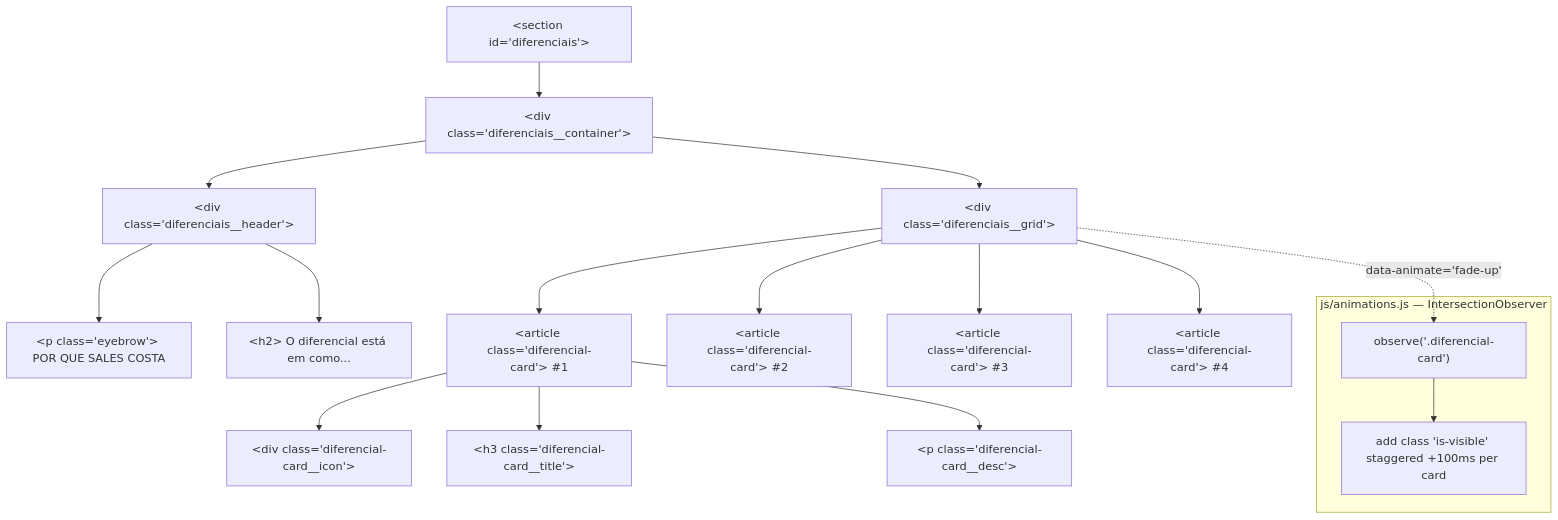
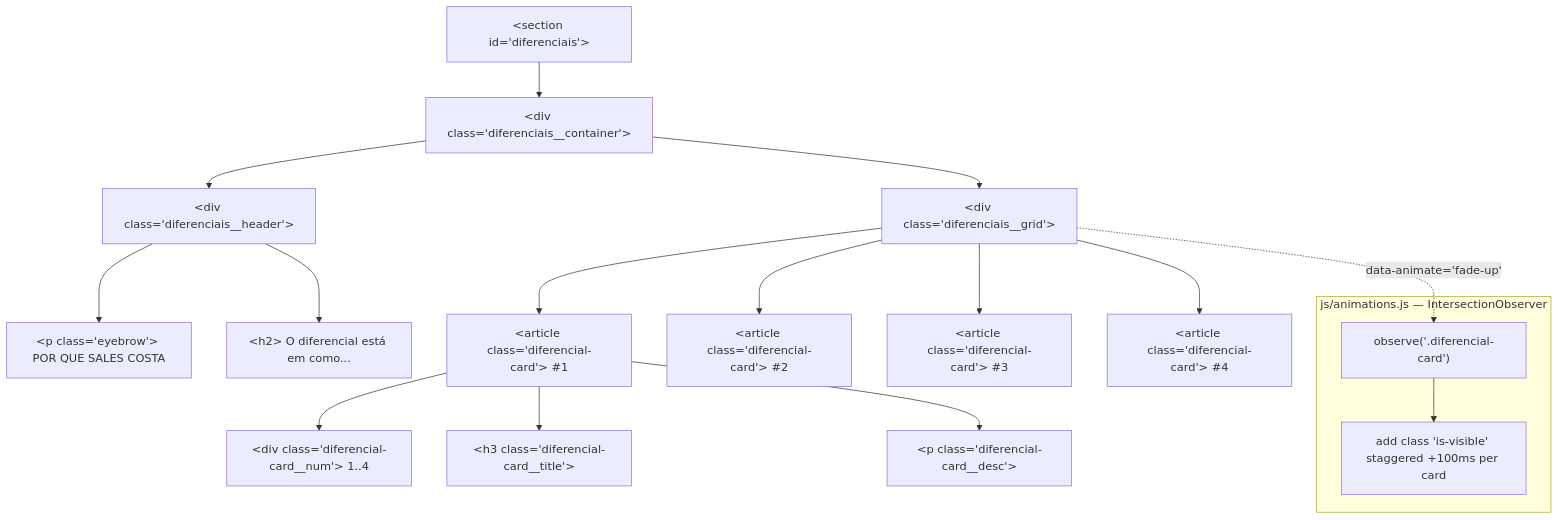
The diagram in docs/specs/SPEC-US-05-diferenciais-atendimento.md (MaxxTak/landing-page), drawn with Mermaid before and after one commit. The commit also changed other lines of this file and 48 other files, not shown here.

````diff
--- a/docs/specs/SPEC-US-05-diferenciais-atendimento.md
+++ b/docs/specs/SPEC-US-05-diferenciais-atendimento.md
@@ -19,21 +26,21 @@
 ```mermaid
 flowchart TD
     A["&lt;section id='diferenciais'&gt;"] --> B["&lt;div class='diferenciais__container'&gt;"]
     B --> C["&lt;div class='diferenciais__header'&gt;"]
     B --> D["&lt;div class='diferenciais__grid'&gt;"]
     C --> C1["&lt;p class='eyebrow'&gt; POR QUE SALES COSTA"]
     C --> C2["&lt;h2&gt; O diferencial está em como..."]
     D --> E1["&lt;article class='diferencial-card'&gt; #1"]
     D --> E2["&lt;article class='diferencial-card'&gt; #2"]
     D --> E3["&lt;article class='diferencial-card'&gt; #3"]
     D --> E4["&lt;article class='diferencial-card'&gt; #4"]
-    E1 --> F1["&lt;div class='diferencial-card__icon'&gt;"]
+    E1 --> F1["&lt;div class='diferencial-card__num'&gt; 1..4"]
     E1 --> F2["&lt;h3 class='diferencial-card__title'&gt;"]
     E1 --> F3["&lt;p class='diferencial-card__desc'&gt;"]
 
     subgraph JS ["js/animations.js — IntersectionObserver"]
         G["observe('.diferencial-card')"] --> H["add class 'is-visible' staggered +100ms per card"]
     end
 
     D -.->|"data-animate='fade-up'"| G
 ```
````
